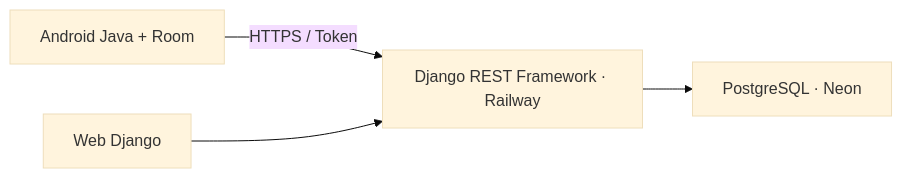
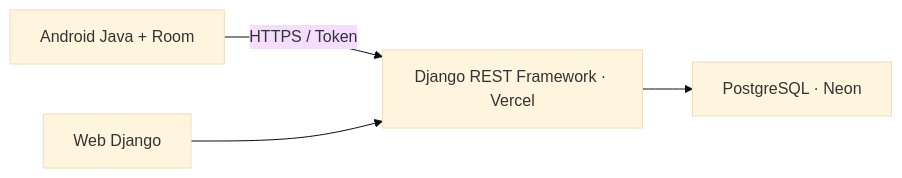
Before and after one commit to S1rGreeN/paitech: the first of 2 diagrams in ARQUITECTURA.md, drawn with Mermaid (base theme). The commit also changed 16 other files, not shown here.

Commit message:
feat: preparar despliegue automatico de Django en Vercel

````diff
--- a/ARQUITECTURA.md
+++ b/ARQUITECTURA.md
@@ -3,6 +3,6 @@
 ```mermaid
 flowchart LR
-    A["Android Java + Room"] -->|"HTTPS / Token"| B["Django REST Framework · Railway"]
+    A["Android Java + Room"] -->|"HTTPS / Token"| B["Django REST Framework · Vercel"]
     W["Web Django"] --> B
     B --> N["PostgreSQL · Neon"]
 ```
````
